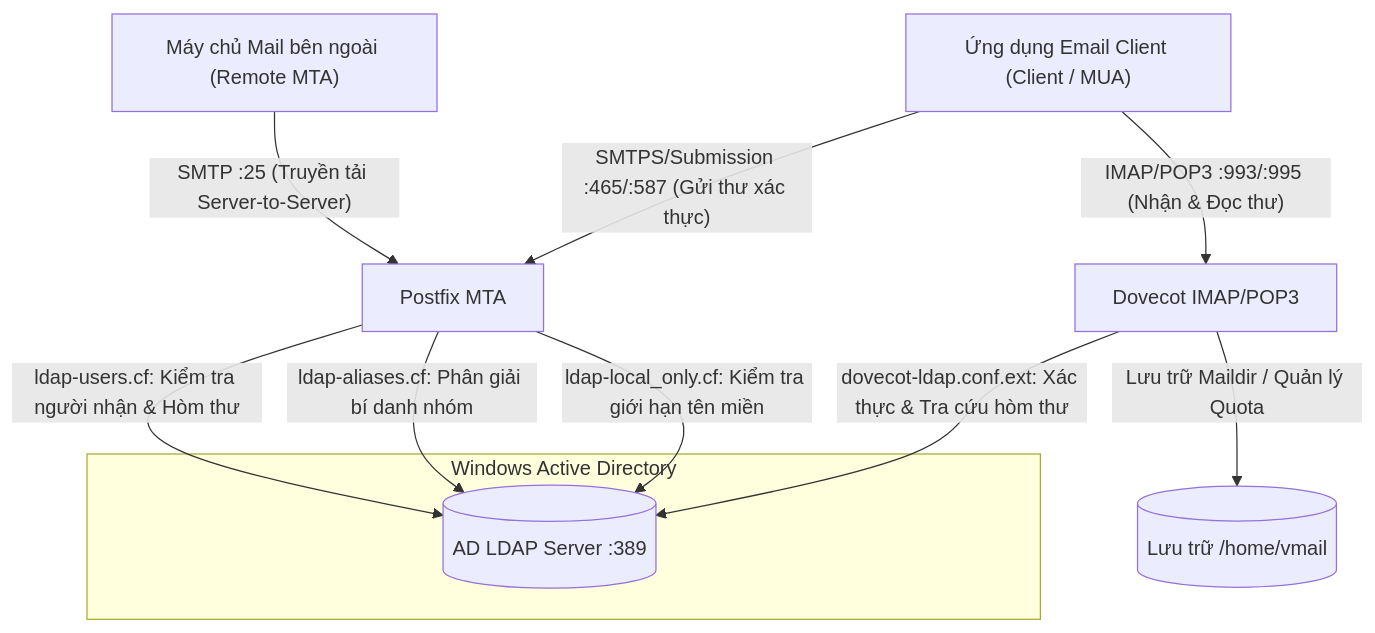
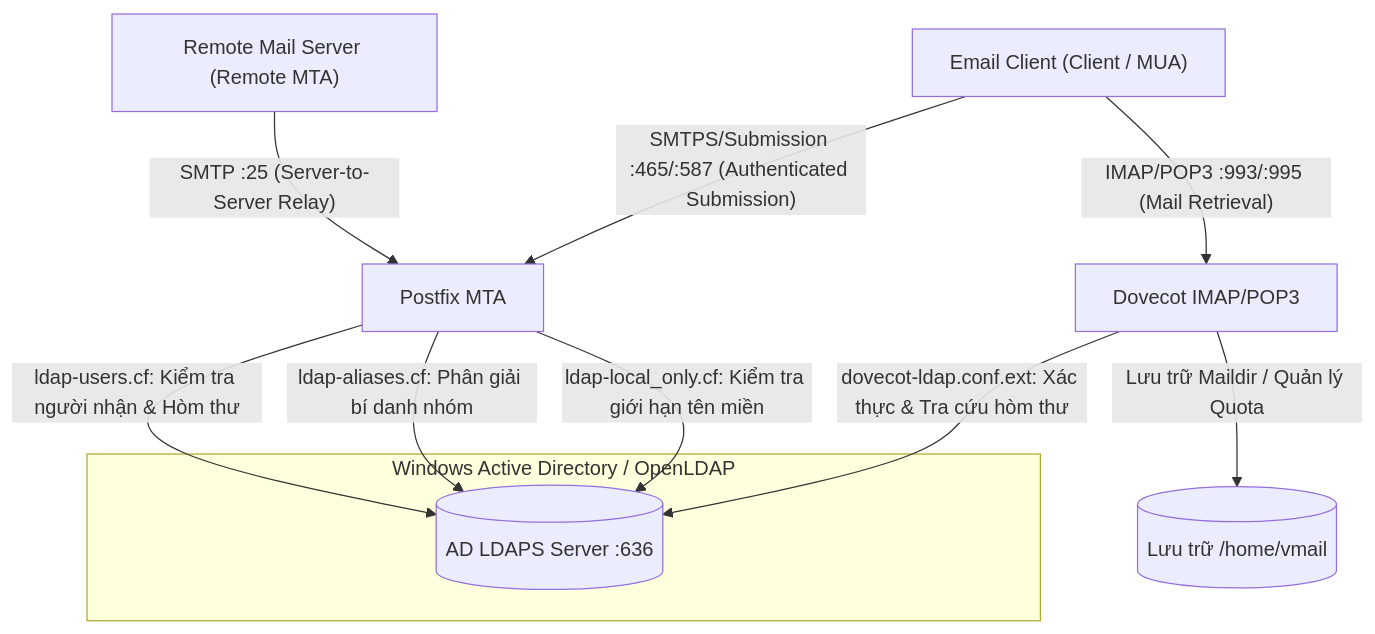
One commit to WilliamFromTW/docker-Postfix-AD changed the first of 4 diagrams in ARCHITECTURE.vi.md. Above: the diagram before and after it, drawn with Mermaid. The commit also changed other lines of this file and 16 other files, not shown here.

Commit message:
feat(ldap): upgrade all LDAP connections to LDAPS Port 636 with TLS

````diff
--- a/ARCHITECTURE.vi.md
+++ b/ARCHITECTURE.vi.md
@@ -21,16 +21,16 @@
 ```mermaid
 graph TD
-    RemoteMTA["Máy chủ Mail bên ngoài (Remote MTA)"] -->|"SMTP :25 (Truyền tải Server-to-Server)"| Postfix["Postfix MTA"]
-    Client["Ứng dụng Email Client (Client / MUA)"] -->|"SMTPS/Submission :465/:587 (Gửi thư xác thực)"| Postfix
-    Client -->|"IMAP/POP3 :993/:995 (Nhận & Đọc thư)"| Dovecot["Dovecot IMAP/POP3"]
+    RemoteMTA["Remote Mail Server (Remote MTA)"] -->|"SMTP :25 (Server-to-Server Relay)"| Postfix["Postfix MTA"]
+    Client["Email Client (Client / MUA)"] -->|"SMTPS/Submission :465/:587 (Authenticated Submission)"| Postfix
+    Client -->|"IMAP/POP3 :993/:995 (Mail Retrieval)"| Dovecot["Dovecot IMAP/POP3"]
     
-    subgraph AD_DC ["Windows Active Directory"]
-        AD[("AD LDAP Server :389")]
+    subgraph AD_DC ["Windows Active Directory / OpenLDAP"]
+        AD[("AD LDAPS Server :636")]
     end
 
     Postfix -->|ldap-users.cf: Kiểm tra người nhận & Hòm thư| AD
     Postfix -->|ldap-aliases.cf: Phân giải bí danh nhóm| AD
     Postfix -->|ldap-local_only.cf: Kiểm tra giới hạn tên miền| AD
     Dovecot -->|dovecot-ldap.conf.ext: Xác thực & Tra cứu hòm thư| AD
     Dovecot -->|Lưu trữ Maildir / Quản lý Quota| VMail[("Lưu trữ /home/vmail")]
 ```
````
